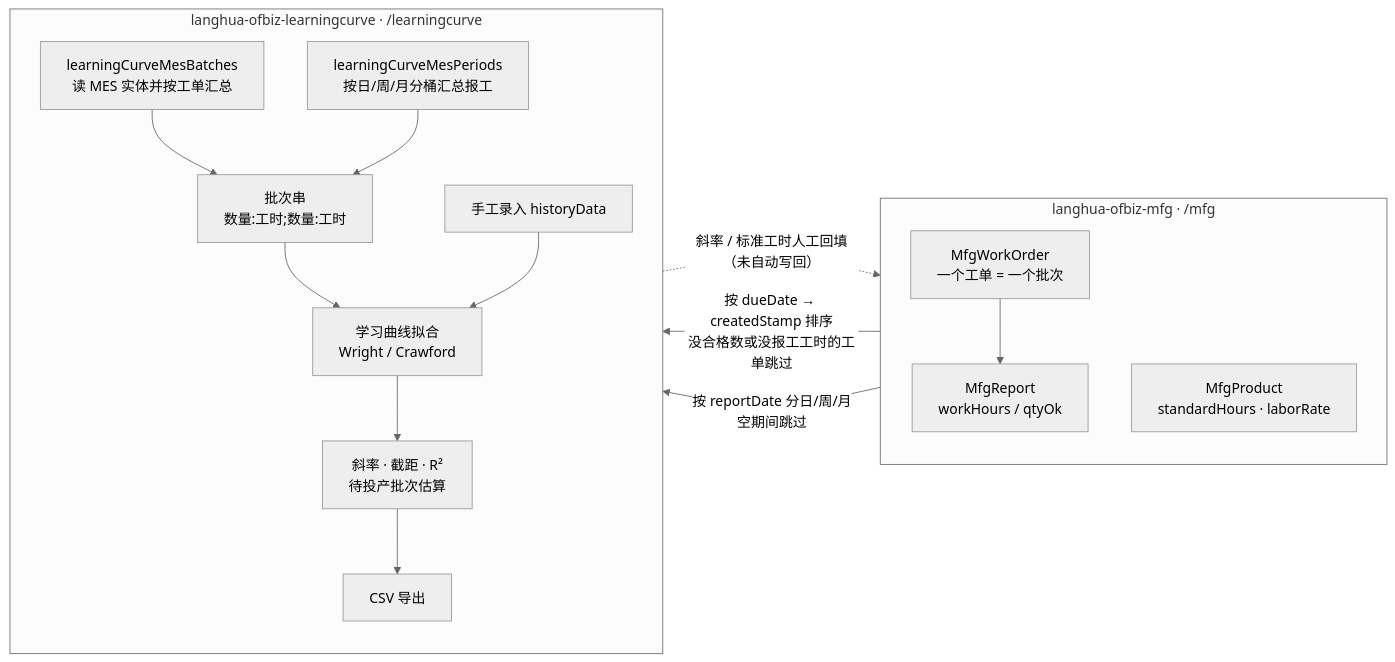
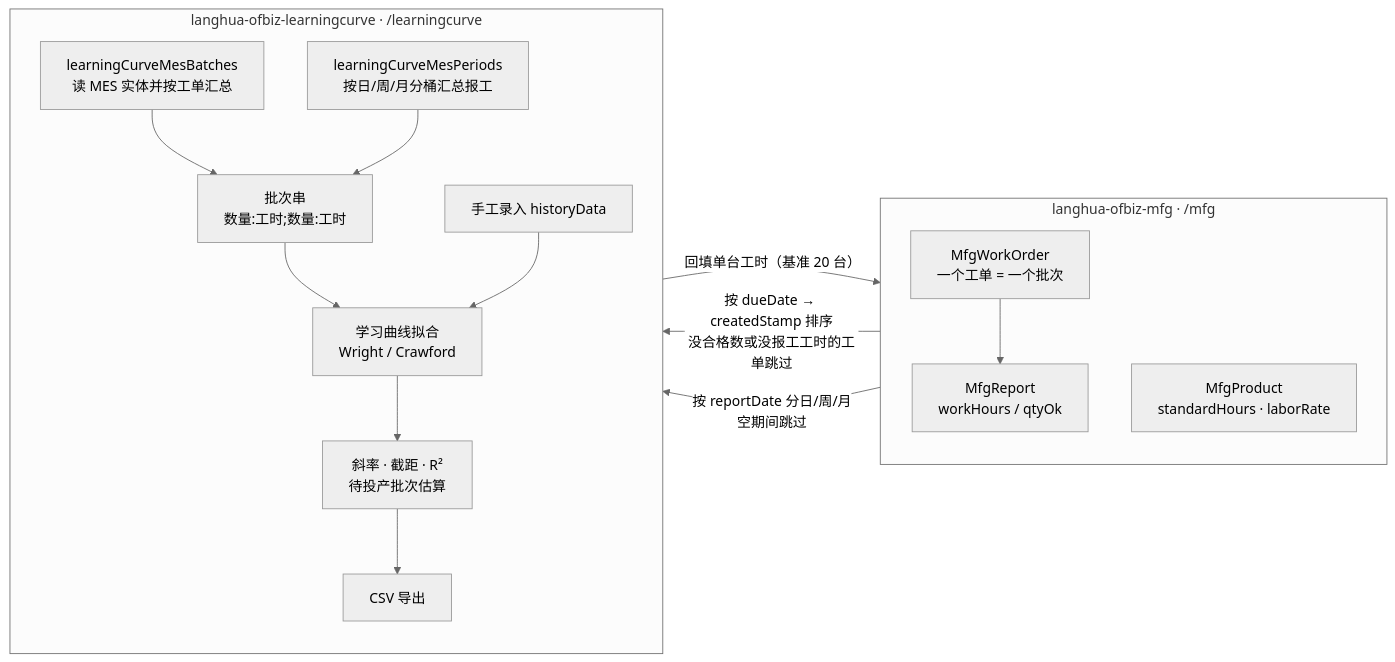
One commit to shijh/langhua changed the diagram in langhua-ofbiz-learningcurve/README.md. Above: the diagram before and after it, drawn with Mermaid (neutral theme). The commit also changed other lines of this file and 15 other files, not shown here.

````diff
--- a/langhua-ofbiz-learningcurve/README.md
+++ b/langhua-ofbiz-learningcurve/README.md
@@ -233,29 +259,29 @@
 ```mermaid
 flowchart LR
     subgraph MES["langhua-ofbiz-mfg · /mfg"]
         direction TB
         WO["MfgWorkOrder<br/>一个工单 = 一个批次"]
         RPT["MfgReport<br/>workHours / qtyOk"]
         STD["MfgProduct<br/>standardHours · laborRate"]
         WO --> RPT
     end
 
     subgraph LC["langhua-ofbiz-learningcurve · /learningcurve"]
         direction TB
         SVC["learningCurveMesBatches<br/>读 MES 实体并按工单汇总"]
         PERSVC["learningCurveMesPeriods<br/>按日/周/月分桶汇总报工"]
         SERIES["批次串<br/>数量:工时;数量:工时"]
         MANUAL["手工录入 historyData"]
         FIT["学习曲线拟合<br/>Wright / Crawford"]
         KPI["斜率 · 截距 · R²<br/>待投产批次估算"]
         CSV["CSV 导出"]
         SVC --> SERIES --> FIT
         PERSVC --> SERIES
         MANUAL --> FIT
         FIT --> KPI --> CSV
     end
 
     RPT -- "按 dueDate → createdStamp 排序<br/>没合格数或没报工工时的工单跳过" --> SVC
     RPT -- "按 reportDate 分日/周/月<br/>空期间跳过" --> PERSVC
-    KPI -. "斜率 / 标准工时人工回填（未自动写回）" .-> STD
+    KPI -- "回填单台工时（基准 20 台）" --> STD
 ```
````
